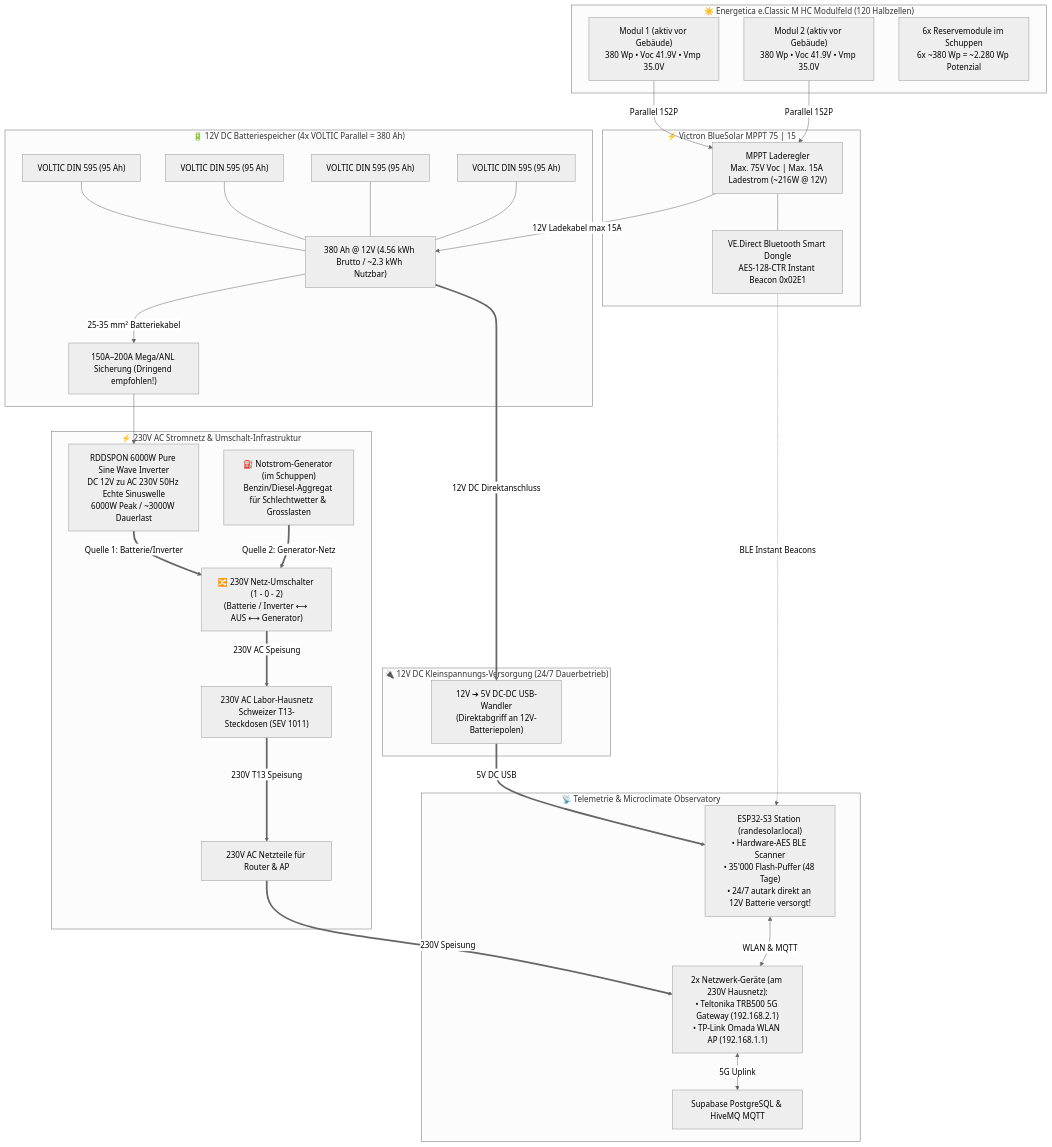
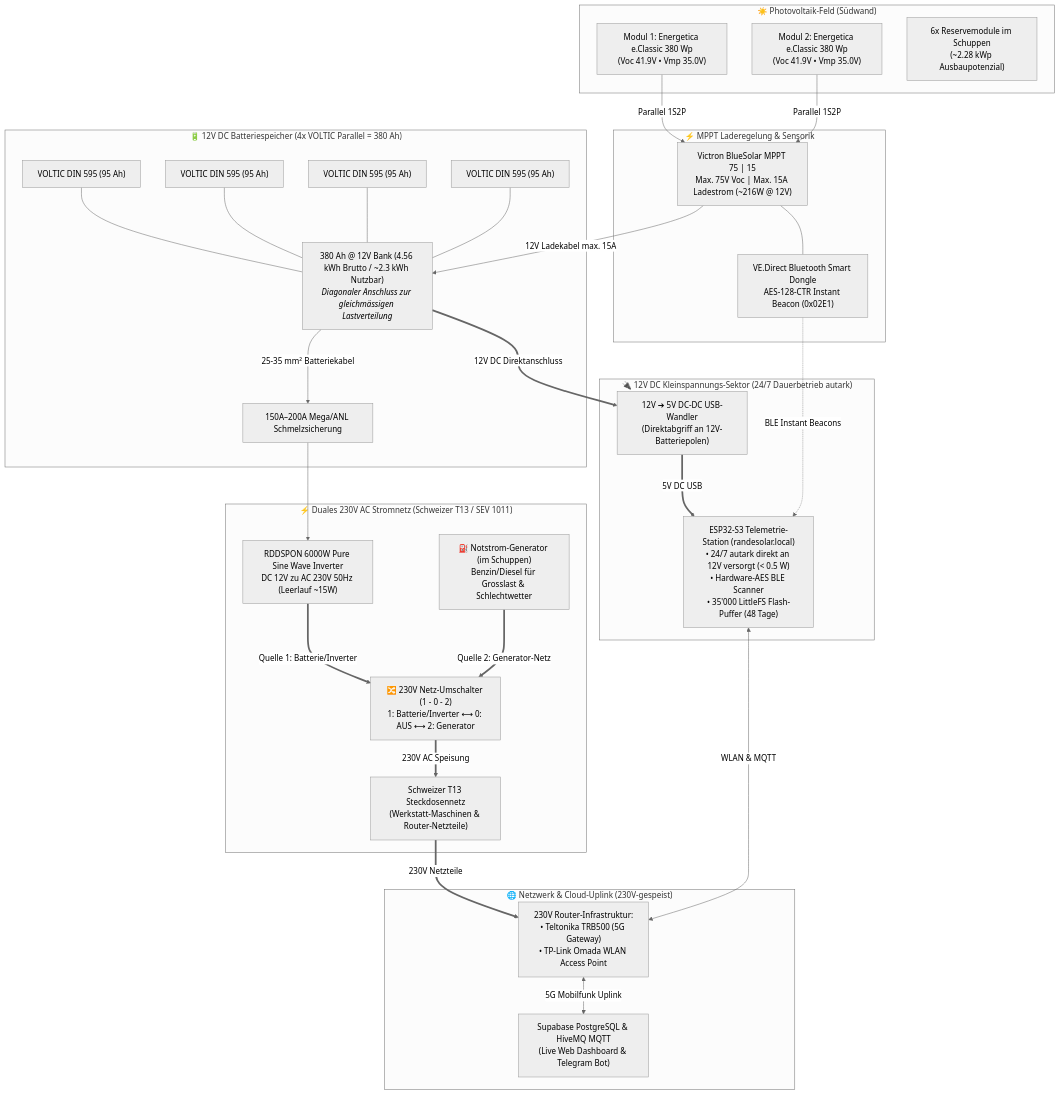
One commit to RandeLab/RandeSolar changed the diagram in SOLAR_SYSTEM_ARCHITECTURE.md. Above: the diagram before and after it, drawn with Mermaid (neutral theme). The commit also changed other lines of this file, not shown here.

Commit message:
docs(solar): streamline solar architecture doc and delegate network details to NETWORK_5G_INFRASTRUCTURE.md

````diff
--- a/SOLAR_SYSTEM_ARCHITECTURE.md
+++ b/SOLAR_SYSTEM_ARCHITECTURE.md
@@ -13,59 +13,59 @@
 ```mermaid
 flowchart TD
-    subgraph PV_ARRAY["☀️ Energetica e.Classic M HC Modulfeld (120 Halbzellen)"]
-        P1["Modul 1 (aktiv vor Gebäude)<br/>380 Wp • Voc 41.9V • Vmp 35.0V"]
-        P2["Modul 2 (aktiv vor Gebäude)<br/>380 Wp • Voc 41.9V • Vmp 35.0V"]
-        P_RESERVE["6x Reservemodule im Schuppen<br/>6x ~380 Wp = ~2.280 Wp Potenzial"]
+    subgraph PV_FIELD["☀️ Photovoltaik-Feld (Südwand)"]
+        P1["Modul 1: Energetica e.Classic 380 Wp<br/>(Voc 41.9V • Vmp 35.0V)"]
+        P2["Modul 2: Energetica e.Classic 380 Wp<br/>(Voc 41.9V • Vmp 35.0V)"]
+        P_RES["6x Reservemodule im Schuppen<br/>(~2.28 kWp Ausbaupotenzial)"]
     end
 
-    subgraph MPPT_UNIT["⚡ Victron BlueSolar MPPT 75 | 15"]
-        MPPT["MPPT Laderegler<br/>Max. 75V Voc | Max. 15A Ladestrom (~216W @ 12V)"]
-        DONGLE["VE.Direct Bluetooth Smart Dongle<br/>AES-128-CTR Instant Beacon 0x02E1"]
+    subgraph MPPT_CTRL["⚡ MPPT Laderegelung & Sensorik"]
+        MPPT["Victron BlueSolar MPPT 75 | 15<br/>Max. 75V Voc | Max. 15A Ladestrom (~216W @ 12V)"]
+        DONGLE["VE.Direct Bluetooth Smart Dongle<br/>AES-128-CTR Instant Beacon (0x02E1)"]
         MPPT --- DONGLE
     end
 
-    subgraph DC_BUS["🔋 12V DC Batteriespeicher (4x VOLTIC Parallel = 380 Ah)"]
+    subgraph BATT_SYSTEM["🔋 12V DC Batteriespeicher (4x VOLTIC Parallel = 380 Ah)"]
         BATT1["VOLTIC DIN 595 (95 Ah)"]
         BATT2["VOLTIC DIN 595 (95 Ah)"]
         BATT3["VOLTIC DIN 595 (95 Ah)"]
         BATT4["VOLTIC DIN 595 (95 Ah)"]
-        BATT_BANK["380 Ah @ 12V (4.56 kWh Brutto / ~2.3 kWh Nutzbar)"]
-        FUSE_INV["150A–200A Mega/ANL Sicherung (Dringend empfohlen!)"]
+        BATT_BANK["380 Ah @ 12V Bank (4.56 kWh Brutto / ~2.3 kWh Nutzbar)<br/><i>Diagonaler Anschluss zur gleichmässigen Lastverteilung</i>"]
+        FUSE["150A–200A Mega/ANL Schmelzsicherung"]
     end
 
-    subgraph INVERTER_UNIT["⚡ 230V AC Stromnetz & Umschalt-Infrastruktur"]
-        INV["RDDSPON 6000W Pure Sine Wave Inverter<br/>DC 12V zu AC 230V 50Hz Echte Sinuswelle<br/>6000W Peak / ~3000W Dauerlast"]
-        GEN["⛽ Notstrom-Generator (im Schuppen)<br/>Benzin/Diesel-Aggregat für Schlechtwetter & Grosslasten"]
-        CHANGEOVER["🔀 230V Netz-Umschalter (1 - 0 - 2)<br/>(Batterie / Inverter ⟷ AUS ⟷ Generator)"]
-        AC_SOCKETS["230V AC Labor-Hausnetz<br/>Schweizer T13-Steckdosen (SEV 1011)"]
-        AC_ROUTER_PSU["230V AC Netzteile für Router & AP"]
+    subgraph DC_LOW["🔌 12V DC Kleinspannungs-Sektor (24/7 Dauerbetrieb autark)"]
+        USB["12V ➔ 5V DC-DC USB-Wandler<br/>(Direktabgriff an 12V-Batteriepolen)"]
+        ESP["ESP32-S3 Telemetrie-Station (randesolar.local)<br/>• 24/7 autark direkt an 12V versorgt (< 0.5 W)<br/>• Hardware-AES BLE Scanner<br/>• 35'000 LittleFS Flash-Puffer (48 Tage)"]
     end
 
-    subgraph DC_DIRECT["🔌 12V DC Kleinspannungs-Versorgung (24/7 Dauerbetrieb)"]
-        USB_CONV["12V ➔ 5V DC-DC USB-Wandler<br/>(Direktabgriff an 12V-Batteriepolen)"]
+    subgraph AC_GRID["⚡ Duales 230V AC Stromnetz (Schweizer T13 / SEV 1011)"]
+        INV["RDDSPON 6000W Pure Sine Wave Inverter<br/>DC 12V zu AC 230V 50Hz (Leerlauf ~15W)"]
+        GEN["⛽ Notstrom-Generator (im Schuppen)<br/>Benzin/Diesel für Grosslast & Schlechtwetter"]
+        SWITCH["🔀 230V Netz-Umschalter (1 - 0 - 2)<br/>1: Batterie/Inverter ⟷ 0: AUS ⟷ 2: Generator"]
+        T13["Schweizer T13 Steckdosennetz<br/>(Werkstatt-Maschinen & Router-Netzteile)"]
     end
 
-    subgraph MONITORING["📡 Telemetrie & Microclimate Observatory"]
-        ESP32["ESP32-S3 Station (randesolar.local)<br/>• Hardware-AES BLE Scanner<br/>• 35'000 Flash-Puffer (48 Tage)<br/>• 24/7 autark direkt an 12V Batterie versorgt!"]
-        ROUTER["2x Netzwerk-Geräte (am 230V Hausnetz):<br/>• Teltonika TRB500 5G Gateway (192.168.2.1)<br/>• TP-Link Omada WLAN AP (192.168.1.1)"]
-        CLOUD["Supabase PostgreSQL & HiveMQ MQTT"]
+    subgraph NET_MINIMAL["🌐 Netzwerk & Cloud-Uplink (230V-gespeist)"]
+        NET["230V Router-Infrastruktur:<br/>• Teltonika TRB500 (5G Gateway)<br/>• TP-Link Omada WLAN Access Point"]
+        CLOUD["Supabase PostgreSQL & HiveMQ MQTT<br/>(Live Web Dashboard & Telegram Bot)"]
     end
 
     P1 -->|Parallel 1S2P| MPPT
     P2 -->|Parallel 1S2P| MPPT
-    MPPT -->|12V Ladekabel max 15A| BATT_BANK
+    MPPT -->|12V Ladekabel max. 15A| BATT_BANK
     BATT1 --- BATT_BANK
     BATT2 --- BATT_BANK
     BATT3 --- BATT_BANK
     BATT4 --- BATT_BANK
-    BATT_BANK -->|25-35 mm² Batteriekabel| FUSE_INV
-    FUSE_INV --> INV
-    INV ==>|Quelle 1: Batterie/Inverter| CHANGEOVER
-    GEN ==>|Quelle 2: Generator-Netz| CHANGEOVER
-    CHANGEOVER ==>|230V AC Speisung| AC_SOCKETS
-    AC_SOCKETS ==>|230V T13 Speisung| AC_ROUTER_PSU ==>|230V Speisung| ROUTER
-    BATT_BANK ==>|12V DC Direktanschluss| USB_CONV ==>|5V DC USB| ESP32
-    DONGLE -.->|BLE Instant Beacons| ESP32
-    ESP32 <-->|WLAN & MQTT| ROUTER
-    ROUTER <-->|5G Uplink| CLOUD
+    BATT_BANK -->|25-35 mm² Batteriekabel| FUSE
+    FUSE --> INV
+    INV ==>|Quelle 1: Batterie/Inverter| SWITCH
+    GEN ==>|Quelle 2: Generator-Netz| SWITCH
+    SWITCH ==>|230V AC Speisung| T13
+    T13 ==>|230V Netzteile| NET
+    BATT_BANK ==>|12V DC Direktanschluss| USB
+    USB ==>|5V DC USB| ESP
+    DONGLE -.->|BLE Instant Beacons| ESP
+    ESP <-->|WLAN & MQTT| NET
+    NET <-->|5G Mobilfunk Uplink| CLOUD
 ```
````
